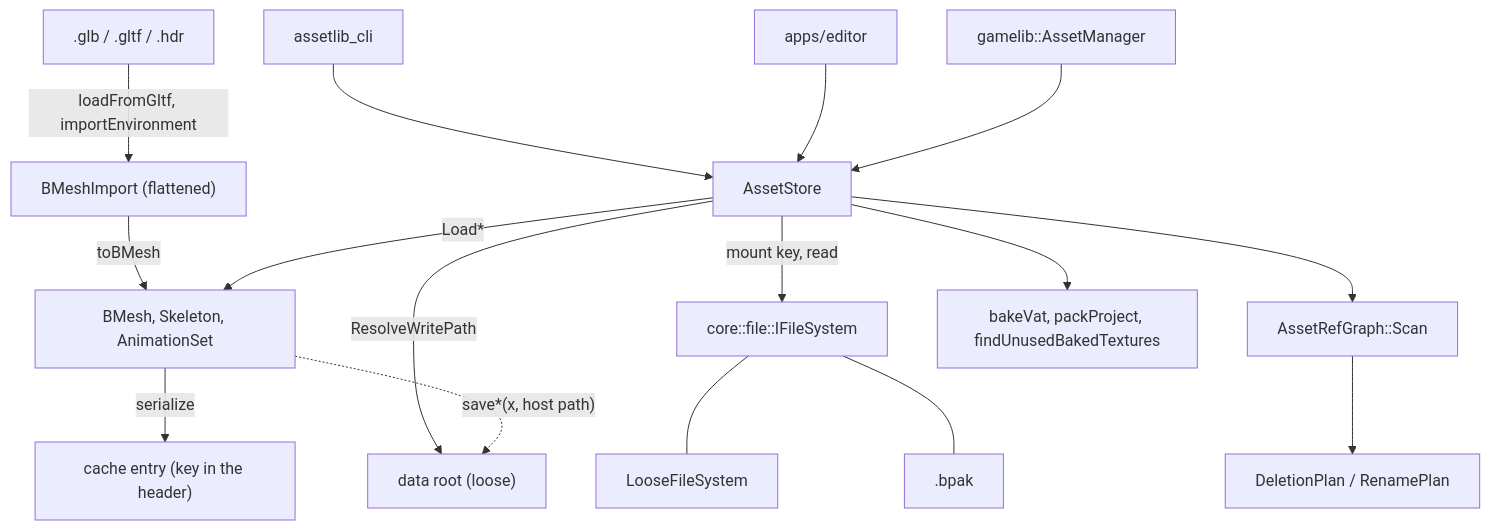
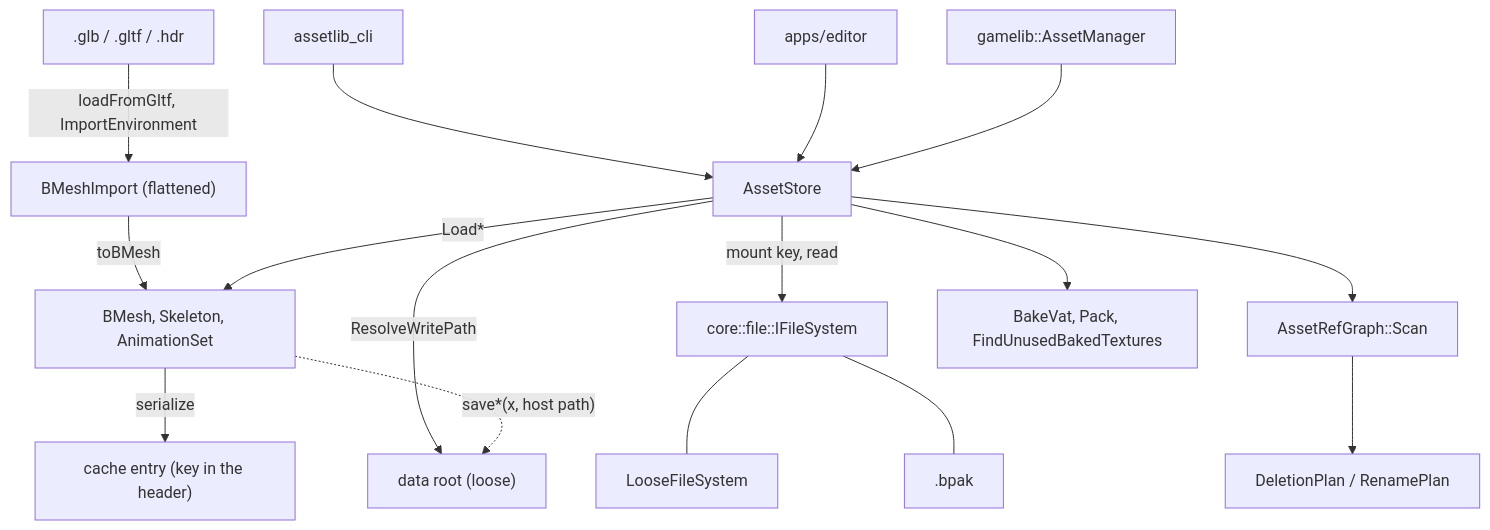
One commit to alexjiang200407/bernini changed the diagram in docs/assetlib_api.md. Above: the diagram before and after it, drawn with Mermaid. The commit also changed other lines of this file and 158 other files, not shown here.

````diff
--- a/docs/assetlib_api.md
+++ b/docs/assetlib_api.md
@@ -106,22 +133,22 @@
 ```mermaid
 flowchart TD
-    GLTF[".glb / .gltf / .hdr"] -- "loadFromGltf, importEnvironment" --> IMP["BMeshImport (flattened)"]
+    GLTF[".glb / .gltf / .hdr"] -- "loadFromGltf, ImportEnvironment" --> IMP["BMeshImport (flattened)"]
     IMP -- "toBMesh" --> POD["BMesh, Skeleton, AnimationSet"]
     POD -- "serialize" --> C["cache entry (key in the header)"]
 
     STORE["AssetStore"] -- "mount key, read" --> FS["core::file::IFileSystem"]
     STORE -- "ResolveWritePath" --> ROOT["data root (loose)"]
     FS --- LOOSE["LooseFileSystem"]
     FS --- PAK[".bpak"]
 
     STORE -- "Load*" --> POD
     POD -. "save*(x, host path)" .-> ROOT
 
     STORE --> GRAPH["AssetRefGraph::Scan"]
     GRAPH --> PLAN["DeletionPlan / RenamePlan"]
-    STORE --> BAKE["bakeVat, packProject, findUnusedBakedTextures"]
+    STORE --> BAKE["BakeVat, Pack, FindUnusedBakedTextures"]
 
     CLI["assetlib_cli"] --> STORE
     ED["apps/editor"] --> STORE
     GL["gamelib::AssetManager"] --> STORE
 ```
````
